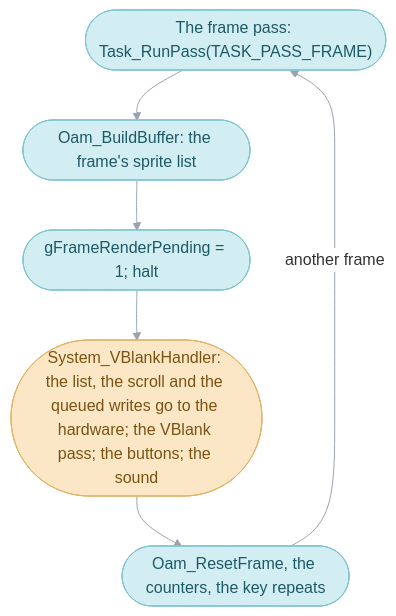
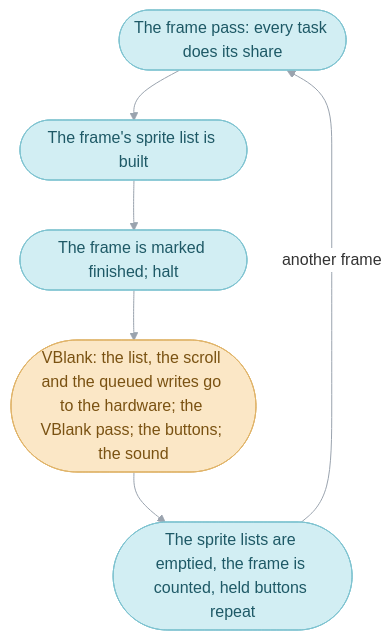
Before and after one commit to PascalPixel/alchemy: the second of 6 diagrams in games/tbs/src/system/README.md, drawn with Mermaid. The commit also changed other lines of this file and 21 other files, not shown here.

````diff
--- a/games/tbs/src/system/README.md
+++ b/games/tbs/src/system/README.md
@@ -242,13 +249,13 @@
 ```mermaid
 %%{init: {"theme": "base", "themeVariables": {"lineColor": "#9AA3AE", "edgeLabelBackground": "#FFFFFF"}, "flowchart": {"curve": "basis", "padding": 12}}}%%
 flowchart TD
-  tasks(["The frame pass: Task_RunPass(TASK_PASS_FRAME)"]) --> oam(["Oam_BuildBuffer: the frame's sprite list"])
-  oam --> pending(["gFrameRenderPending = 1; halt"])
-  pending --> vblank(["System_VBlankHandler: the list, the scroll and the queued writes go to the hardware; the VBlank pass; the buttons; the sound"])
-  vblank --> after(["Oam_ResetFrame, the counters, the key repeats"])
+  tasks(["The frame pass: every task does its share"]) --> oam(["The frame's sprite list is built"])
+  oam --> pending(["The frame is marked finished; halt"])
+  pending --> vblank(["VBlank: the list, the scroll and the queued writes go to the hardware; the VBlank pass; the buttons; the sound"])
+  vblank --> after(["The sprite lists are emptied, the frame is counted, held buttons repeat"])
   after -- "another frame" --> tasks
   classDef frame fill:#D2EEF3,stroke:#7FC3D0,color:#1E5966
   classDef hardware fill:#FBE7C6,stroke:#E0B46A,color:#7A5212
   class tasks,oam,pending,after frame
   class vblank hardware
 ```
````
